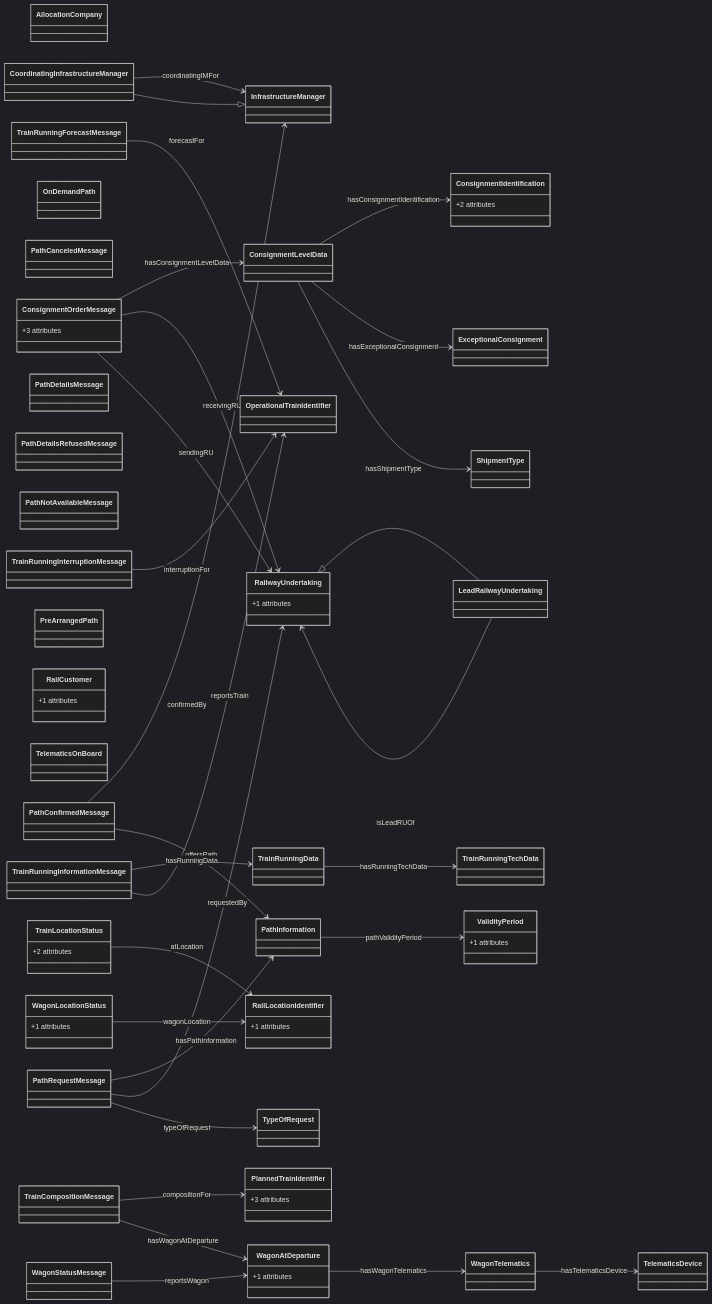
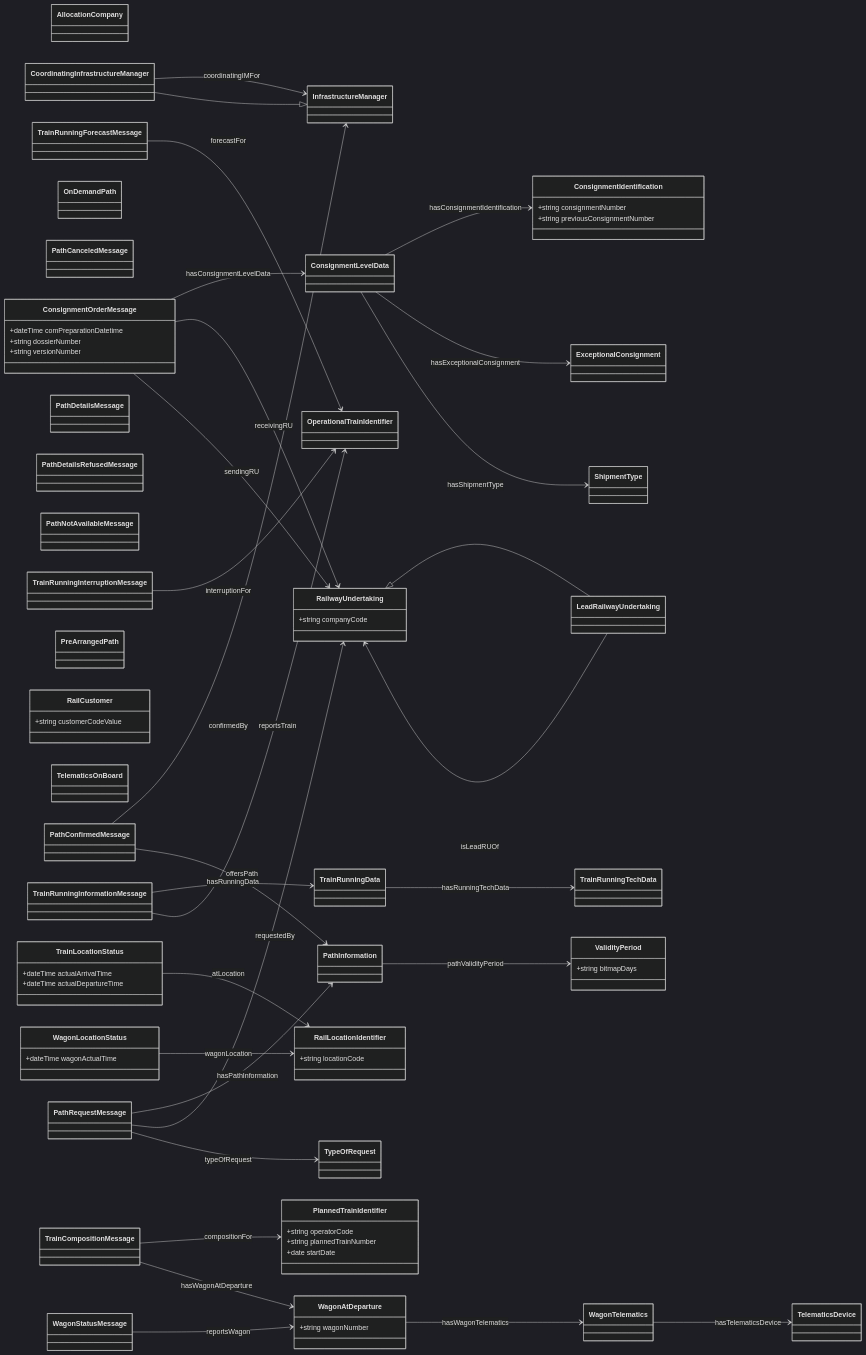
The diagram in ontology-reference-models/diagrams/generated/rail.mmd (Cnext-eu/kairos-ontology-referencemodels), drawn with Mermaid (dark theme) before and after one commit. The commit also changed 20 other files, not shown here.

First line of the commit message:
Enrich generated class diagrams with typed attributes and multiplicities

```diff
--- a/ontology-reference-models/diagrams/generated/rail.mmd
+++ b/ontology-reference-models/diagrams/generated/rail.mmd
@@ -1,88 +1,94 @@
 classDiagram
   direction LR
   class AllocationCompany
   class ConsignmentIdentification {
-    +2 attributes
+    +string consignmentNumber
+    +string previousConsignmentNumber
   }
   class ConsignmentLevelData
   class ConsignmentOrderMessage {
-    +3 attributes
+    +dateTime comPreparationDatetime
+    +string dossierNumber
+    +string versionNumber
   }
   class CoordinatingInfrastructureManager
   class ExceptionalConsignment
   class InfrastructureManager
   class LeadRailwayUndertaking
   class OnDemandPath
   class OperationalTrainIdentifier
   class PathCanceledMessage
   class PathConfirmedMessage
   class PathDetailsMessage
   class PathDetailsRefusedMessage
   class PathInformation
   class PathNotAvailableMessage
   class PathRequestMessage
   class PlannedTrainIdentifier {
-    +3 attributes
+    +string operatorCode
+    +string plannedTrainNumber
+    +date startDate
   }
   class PreArrangedPath
   class RailCustomer {
-    +1 attributes
+    +string customerCodeValue
   }
   class RailLocationIdentifier {
-    +1 attributes
+    +string locationCode
   }
   class RailwayUndertaking {
-    +1 attributes
+    +string companyCode
   }
   class ShipmentType
   class TelematicsDevice
   class TelematicsOnBoard
   class TrainCompositionMessage
   class TrainLocationStatus {
-    +2 attributes
+    +dateTime actualArrivalTime
+    +dateTime actualDepartureTime
   }
   class TrainRunningData
   class TrainRunningForecastMessage
   class TrainRunningInformationMessage
   class TrainRunningInterruptionMessage
   class TrainRunningTechData
   class TypeOfRequest
   class ValidityPeriod {
-    +1 attributes
+    +string bitmapDays
   }
   class WagonAtDeparture {
-    +1 attributes
+    +string wagonNumber
   }
   class WagonLocationStatus {
-    +1 attributes
+    +dateTime wagonActualTime
   }
   class WagonStatusMessage
   class WagonTelematics
   InfrastructureManager <|-- CoordinatingInfrastructureManager
   RailwayUndertaking <|-- LeadRailwayUndertaking
   ConsignmentLevelData --> ConsignmentIdentification : hasConsignmentIdentification
   ConsignmentLevelData --> ExceptionalConsignment : hasExceptionalConsignment
   ConsignmentLevelData --> ShipmentType : hasShipmentType
   ConsignmentOrderMessage --> ConsignmentLevelData : hasConsignmentLevelData
   ConsignmentOrderMessage --> RailwayUndertaking : receivingRU
   ConsignmentOrderMessage --> RailwayUndertaking : sendingRU
   CoordinatingInfrastructureManager --> InfrastructureManager : coordinatingIMFor
   LeadRailwayUndertaking --> RailwayUndertaking : isLeadRUOf
   PathConfirmedMessage --> InfrastructureManager : confirmedBy
   PathConfirmedMessage --> PathInformation : offersPath
   PathInformation --> ValidityPeriod : pathValidityPeriod
   PathRequestMessage --> PathInformation : hasPathInformation
   PathRequestMessage --> RailwayUndertaking : requestedBy
   PathRequestMessage --> TypeOfRequest : typeOfRequest
   TrainCompositionMessage --> PlannedTrainIdentifier : compositionFor
   TrainCompositionMessage --> WagonAtDeparture : hasWagonAtDeparture
   TrainLocationStatus --> RailLocationIdentifier : atLocation
   TrainRunningData --> TrainRunningTechData : hasRunningTechData
   TrainRunningForecastMessage --> OperationalTrainIdentifier : forecastFor
   TrainRunningInformationMessage --> TrainRunningData : hasRunningData
   TrainRunningInformationMessage --> OperationalTrainIdentifier : reportsTrain
   TrainRunningInterruptionMessage --> OperationalTrainIdentifier : interruptionFor
   WagonAtDeparture --> WagonTelematics : hasWagonTelematics
   WagonLocationStatus --> RailLocationIdentifier : wagonLocation
   WagonStatusMessage --> WagonAtDeparture : reportsWagon
   WagonTelematics --> TelematicsDevice : hasTelematicsDevice
```
